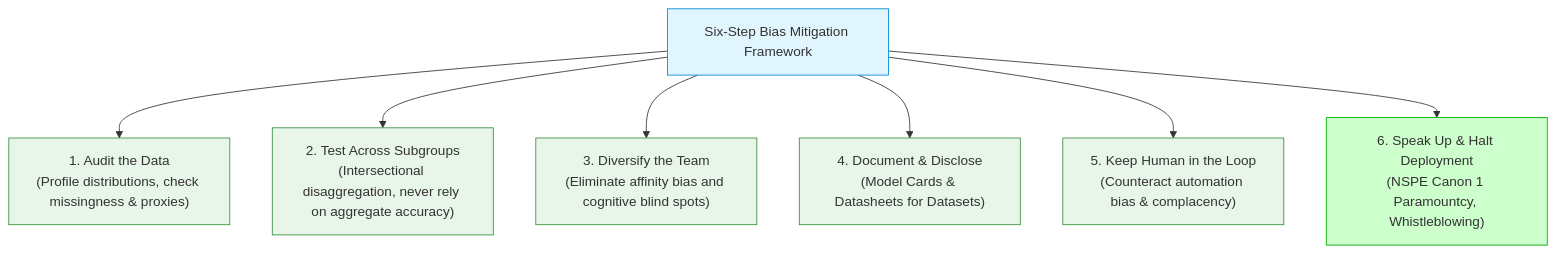
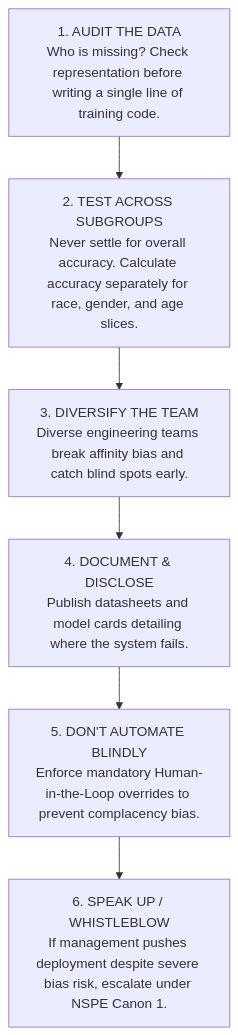
The sixth of 6 diagrams in Engg. Ethics/Final/Lecture 9 - Types of Biases in Data-driven Technology.md (SMTEmon/2-2), drawn with Mermaid before and after one commit. The commit also changed other lines of this file and 32 other files, not shown here.

````diff
--- a/Engg. Ethics/Final/Lecture 9 - Types of Biases in Data-driven Technology.md
+++ b/Engg. Ethics/Final/Lecture 9 - Types of Biases in Data-driven Technology.md
@@ -353,17 +244,8 @@
 ```mermaid
-flowchart TD
-    A["Six-Step Bias Mitigation Framework"] --> S1["1. Audit the Data<br>(Profile distributions, check missingness & proxies)"]
-    A --> S2["2. Test Across Subgroups<br>(Intersectional disaggregation, never rely on aggregate accuracy)"]
-    A --> S3["3. Diversify the Team<br>(Eliminate affinity bias and cognitive blind spots)"]
-    A --> S4["4. Document & Disclose<br>(Model Cards & Datasheets for Datasets)"]
-    A --> S5["5. Keep Human in the Loop<br>(Counteract automation bias & complacency)"]
-    A --> S6["6. Speak Up & Halt Deployment<br>(NSPE Canon 1 Paramountcy, Whistleblowing)"]
-
-    style A fill:#e1f5fe,stroke:#0288d1
-    style S1 fill:#e8f5e9,stroke:#388e3c
-    style S2 fill:#e8f5e9,stroke:#388e3c
-    style S3 fill:#e8f5e9,stroke:#388e3c
-    style S4 fill:#e8f5e9,stroke:#388e3c
-    style S5 fill:#e8f5e9,stroke:#388e3c
-    style S6 fill:#ccffcc,stroke:#00aa00
+graph TD
+    S1["1. AUDIT THE DATA<br>Who is missing? Check representation before writing a single line of training code."] --> S2["2. TEST ACROSS SUBGROUPS<br>Never settle for overall accuracy. Calculate accuracy separately for race, gender, and age slices."]
+    S2 --> S3["3. DIVERSIFY THE TEAM<br>Diverse engineering teams break affinity bias and catch blind spots early."]
+    S3 --> S4["4. DOCUMENT & DISCLOSE<br>Publish datasheets and model cards detailing where the system fails."]
+    S4 --> S5["5. DON'T AUTOMATE BLINDLY<br>Enforce mandatory Human-in-the-Loop overrides to prevent complacency bias."]
+    S5 --> S6["6. SPEAK UP / WHISTLEBLOW<br>If management pushes deployment despite severe bias risk, escalate under NSPE Canon 1."]
 ```
````
